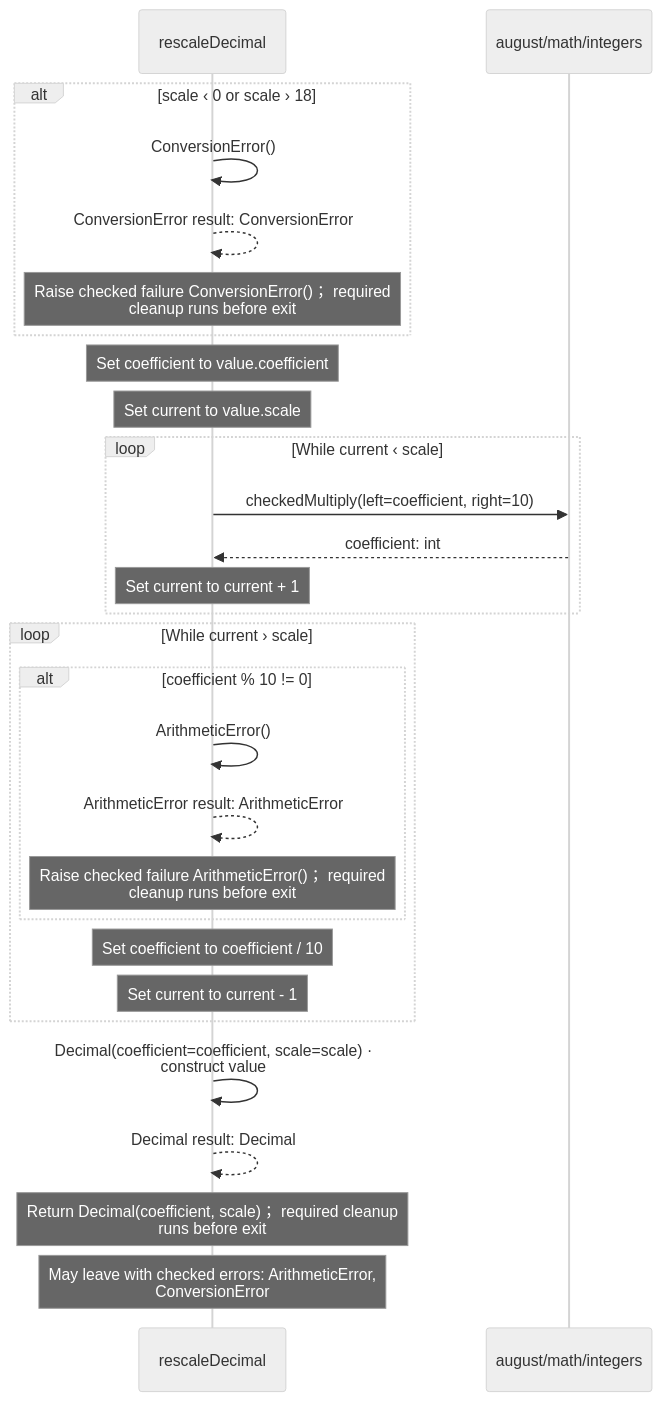
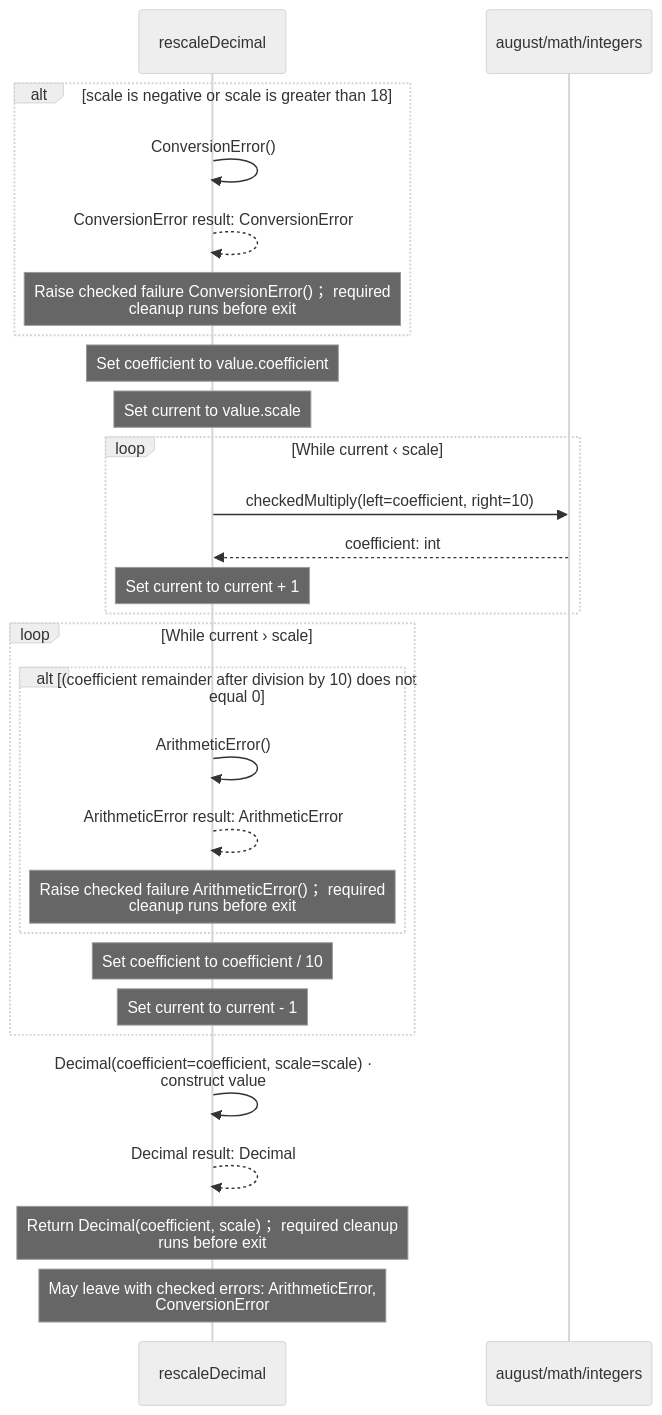
Before and after one commit to GreenPandaStudios/augscript: the fifth of 10 diagrams in src/stdlib/math/decimals.aug.diagrams.md, drawn with Mermaid (neutral theme). The commit also changed other lines of this file and 658 other files, not shown here.

````diff
--- a/src/stdlib/math/decimals.aug.diagrams.md
+++ b/src/stdlib/math/decimals.aug.diagrams.md
@@ -153,30 +176,30 @@
 ```mermaid
 sequenceDiagram
     participant p0 as rescaleDecimal
     participant p1 as august/math/integers
-    alt scale ‹ 0 or scale › 18
+    alt scale is negative or scale is greater than 18
     p0->>p0: ConversionError()
     p0-->>p0: ConversionError result: ConversionError
     Note over p0: Raise checked failure ConversionError()； required<br/>cleanup runs before exit
     end
     Note over p0: Set coefficient to value.coefficient
     Note over p0: Set current to value.scale
     loop While current ‹ scale
     p0->>p1: checkedMultiply(left=coefficient, right=10)
     p1-->>p0: coefficient: int
     Note over p0: Set current to current + 1
     end
     loop While current › scale
-    alt coefficient % 10 != 0
+    alt (coefficient remainder after division by 10) does not<br/>equal 0
     p0->>p0: ArithmeticError()
     p0-->>p0: ArithmeticError result: ArithmeticError
     Note over p0: Raise checked failure ArithmeticError()； required<br/>cleanup runs before exit
     end
     Note over p0: Set coefficient to coefficient / 10
     Note over p0: Set current to current - 1
     end
     p0->>p0: Decimal(coefficient=coefficient, scale=scale) ·<br/>construct value
     p0-->>p0: Decimal result: Decimal
     Note over p0: Return Decimal(coefficient, scale)； required cleanup<br/>runs before exit
     Note over p0: May leave with checked errors: ArithmeticError,<br/>ConversionError
 ```
````
